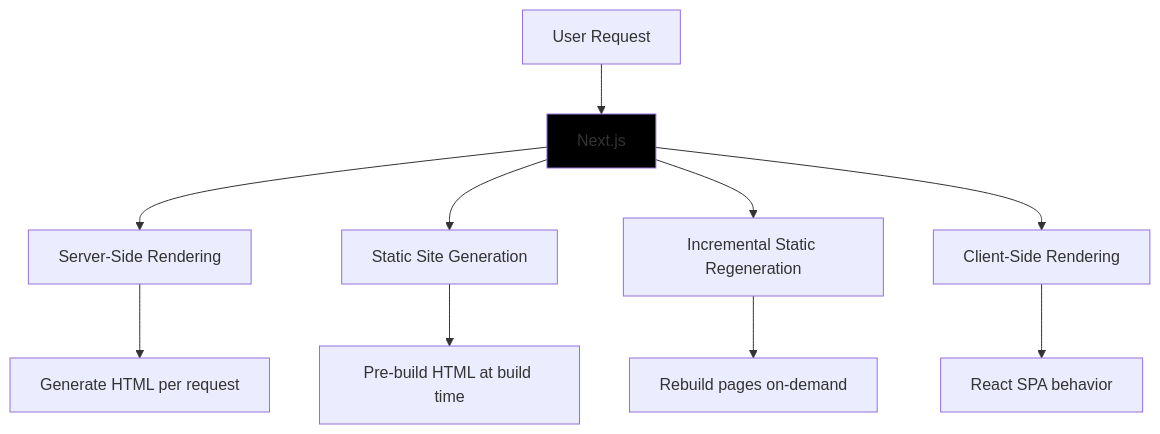
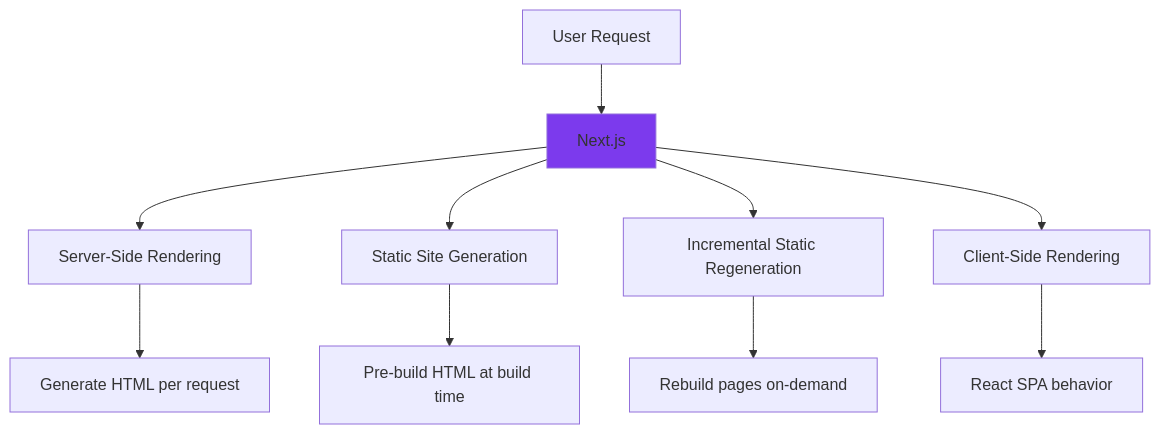
One commit to anton-abyzov/specweave changed the second of 5 diagrams in .specweave/docs/public/glossary/terms/nextjs.md. Above: the diagram before and after it, drawn with Mermaid. The commit also changed other lines of this file and 53 other files, not shown here.

First line of the commit message:
feat: multi-project sync architecture implementation

````diff
--- a/.specweave/docs/public/glossary/terms/nextjs.md
+++ b/.specweave/docs/public/glossary/terms/nextjs.md
@@ -58,16 +58,16 @@
 ```mermaid
 graph TB
     Request[User Request] --> NextJS[Next.js]
 
     NextJS --> SSR[Server-Side Rendering]
     NextJS --> SSG[Static Site Generation]
     NextJS --> ISR[Incremental Static Regeneration]
     NextJS --> CSR[Client-Side Rendering]
 
     SSR --> SSRDesc[Generate HTML per request]
     SSG --> SSGDesc[Pre-build HTML at build time]
     ISR --> ISRDesc[Rebuild pages on-demand]
     CSR --> CSRDesc[React SPA behavior]
 
-    style NextJS fill:#000000
+    style NextJS fill:#7c3aed
 ```
````
